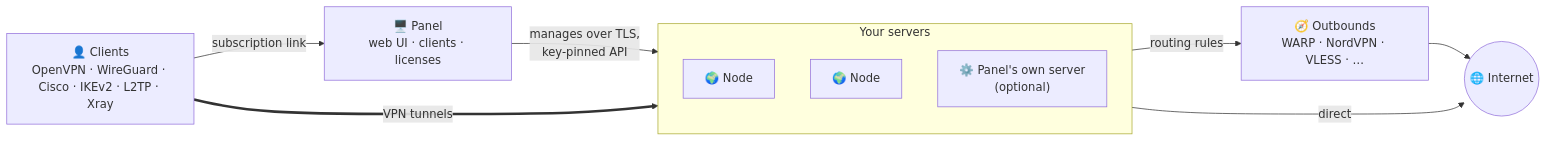
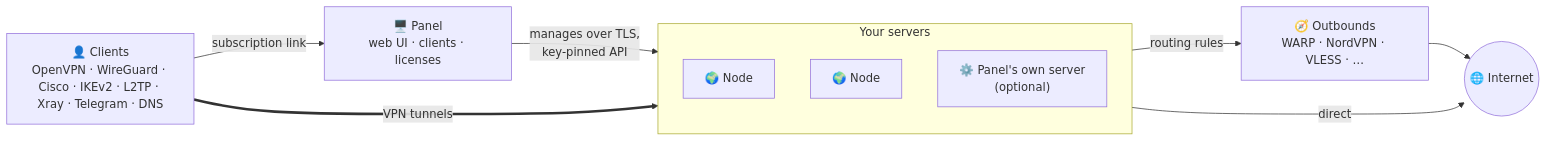
Before and after one commit to Erfan-XRay/Ovira: the diagram in README.fa.md, drawn with Mermaid. The commit also changed other lines of this file and 20 other files, not shown here.

First line of the commit message:
docs: present every 2.0 inbound on the site (Xray, Telegram proxy, Smart DNS)

````diff
--- a/README.fa.md
+++ b/README.fa.md
@@ -232,19 +234,19 @@
 ```mermaid
 flowchart LR
-    C["👤 Clients<br/>OpenVPN · WireGuard · Cisco · IKEv2 · L2TP · Xray"]
+    C["👤 Clients<br/>OpenVPN · WireGuard · Cisco · IKEv2 · L2TP · Xray · Telegram · DNS"]
     P["🖥️ Panel<br/>web UI · clients · licenses"]
     subgraph S["Your servers"]
         direction TB
         N1["🌍 Node"]
         N2["🌍 Node"]
         L["⚙️ Panel's own server<br/>(optional)"]
     end
     O["🧭 Outbounds<br/>WARP · NordVPN · VLESS · …"]
     I(("🌐 Internet"))
     C -- "subscription link" --> P
     P -- "manages over TLS,<br/>key-pinned API" --> S
     C == "VPN tunnels" ==> S
     S -- "routing rules" --> O
     S -- "direct" --> I
     O --> I
 ```
````
